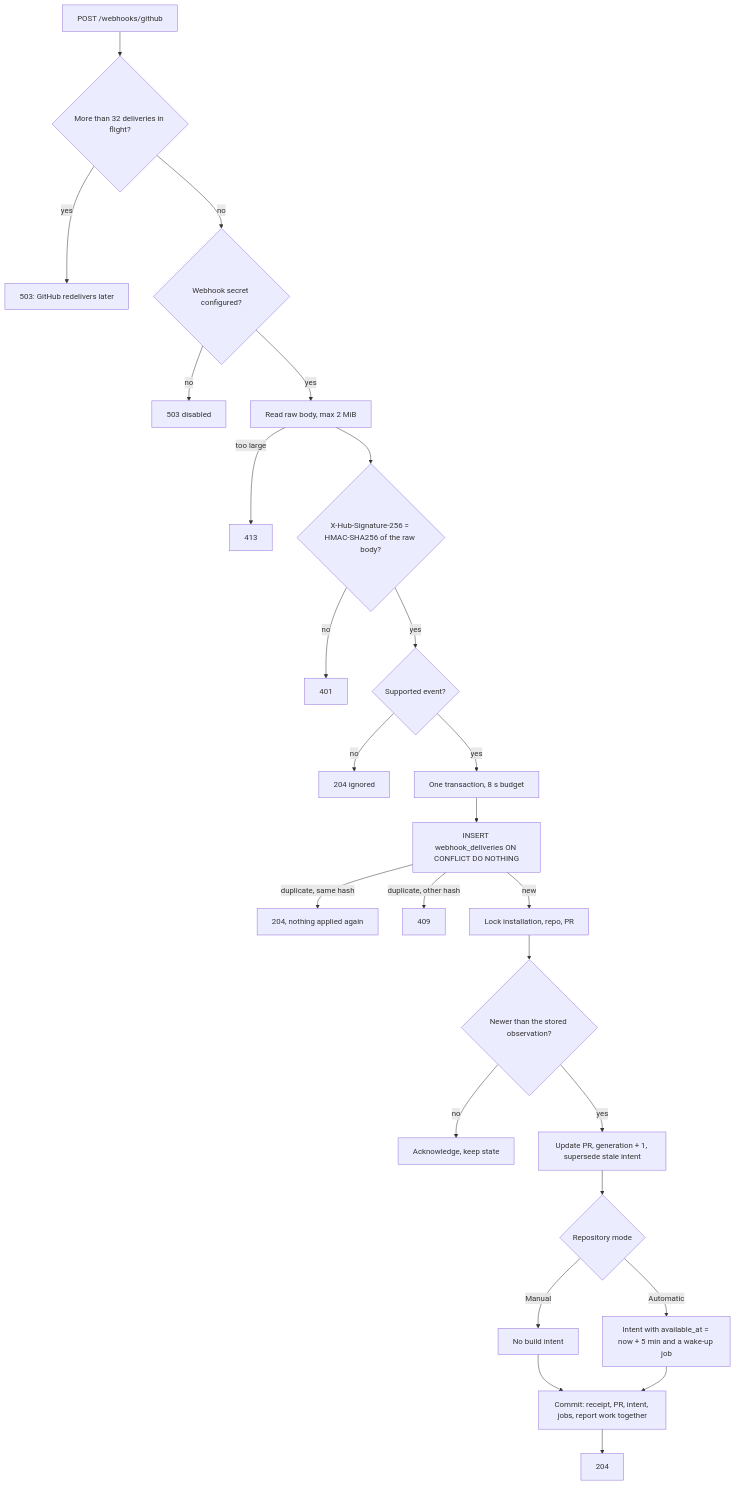
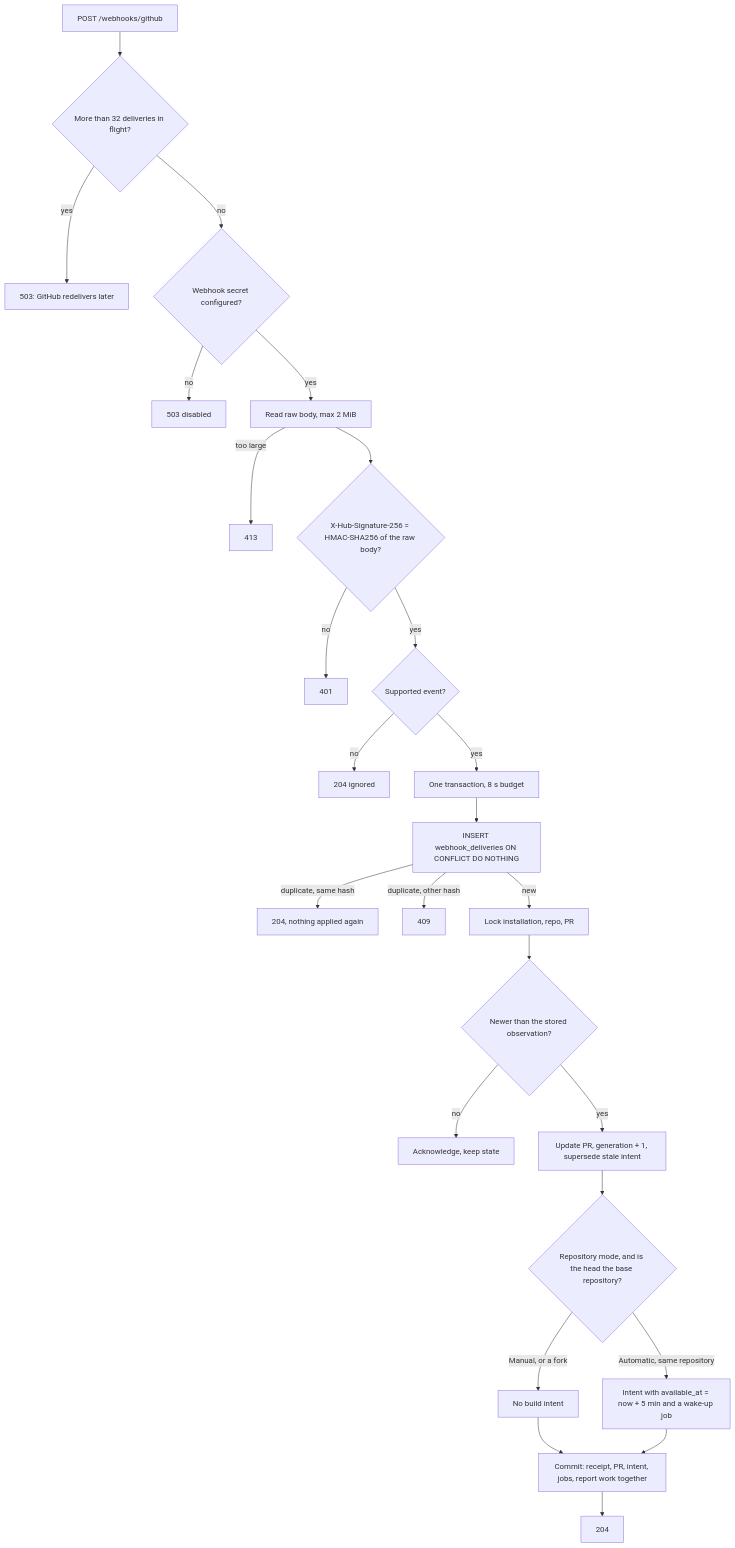
One commit to ajaykathwate/Previa changed the tenth of 44 diagrams in technical-docs/inside-previa.md. Above: the diagram before and after it, drawn with Mermaid. The commit also changed other lines of this file and 19 other files, not shown here.

````diff
--- a/technical-docs/inside-previa.md
+++ b/technical-docs/inside-previa.md
@@ -663,27 +683,27 @@
 ```mermaid
 flowchart TD
     A[POST /webhooks/github] --> B{More than 32 deliveries in flight?}
     B -- yes --> B1[503: GitHub redelivers later]
     B -- no --> C{Webhook secret configured?}
     C -- no --> C1[503 disabled]
     C -- yes --> D[Read raw body, max 2 MiB]
     D -- too large --> D1[413]
     D --> E{X-Hub-Signature-256 = HMAC-SHA256 of the raw body?}
     E -- no --> E1[401]
     E -- yes --> F{Supported event?}
     F -- no --> F1[204 ignored]
     F -- yes --> G[One transaction, 8 s budget]
     G --> H[INSERT webhook_deliveries ON CONFLICT DO NOTHING]
     H -- duplicate, same hash --> H1[204, nothing applied again]
     H -- duplicate, other hash --> H2[409]
     H -- new --> I[Lock installation, repo, PR]
     I --> J{Newer than the stored observation?}
     J -- no --> J1[Acknowledge, keep state]
     J -- yes --> K[Update PR, generation + 1, supersede stale intent]
-    K --> L{Repository mode}
-    L -- Manual --> M[No build intent]
-    L -- Automatic --> N[Intent with available_at = now + 5 min and a wake-up job]
+    K --> L{Repository mode, and is the head the base repository?}
+    L -- Manual, or a fork --> M[No build intent]
+    L -- Automatic, same repository --> N[Intent with available_at = now + 5 min and a wake-up job]
     M --> O[Commit: receipt, PR, intent, jobs, report work together]
     N --> O
     O --> P[204]
 ```
````
